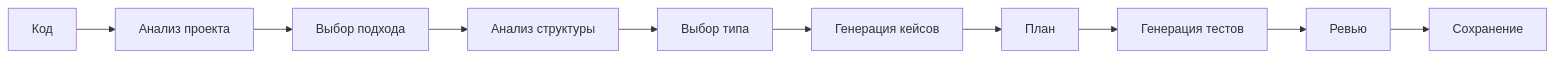
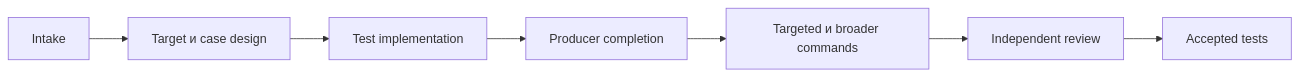
One commit to moira-mcp/moira changed the diagram in packages/docs/src/content/docs/ru/docs/reference/workflows/test-generation.mdx. Above: the diagram before and after it, drawn with Mermaid. The commit also changed other lines of this file and 122 other files, not shown here.

````diff
--- a/packages/docs/src/content/docs/ru/docs/reference/workflows/test-generation.mdx
+++ b/packages/docs/src/content/docs/ru/docs/reference/workflows/test-generation.mdx
@@ -18,12 +16,9 @@
 ```mermaid
 flowchart LR
-    A[Код] --> B[Анализ проекта]
-    B --> C[Выбор подхода]
-    C --> D[Анализ структуры]
-    D --> E[Выбор типа]
-    E --> F[Генерация кейсов]
-    F --> G[План]
-    G --> H[Генерация тестов]
-    H --> I[Ревью]
-    I --> J[Сохранение]
+  A[Intake] --> B[Target и case design]
+  B --> C[Test implementation]
+  C --> D[Producer completion]
+  D --> E[Targeted и broader commands]
+  E --> F[Independent review]
+  F --> G[Accepted tests]
 ```
````
